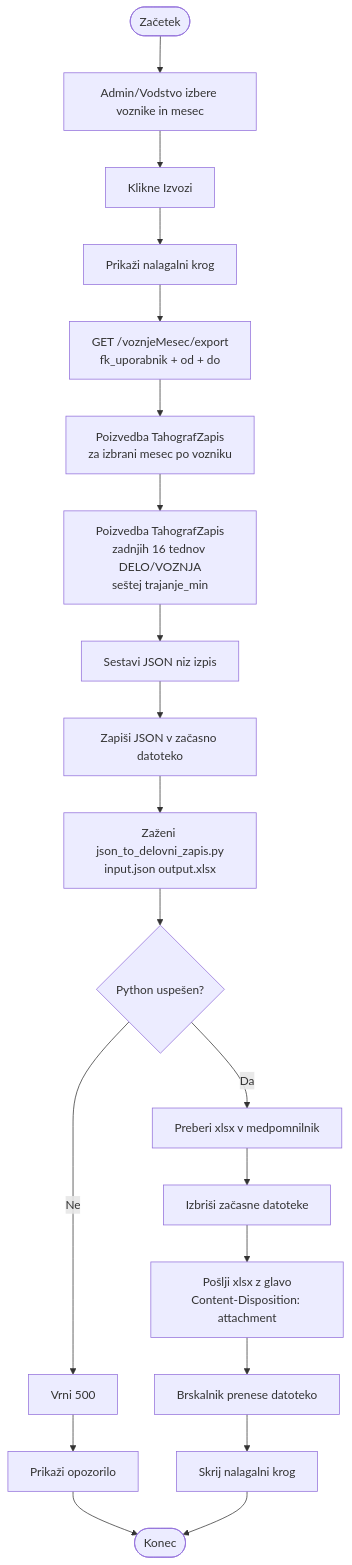
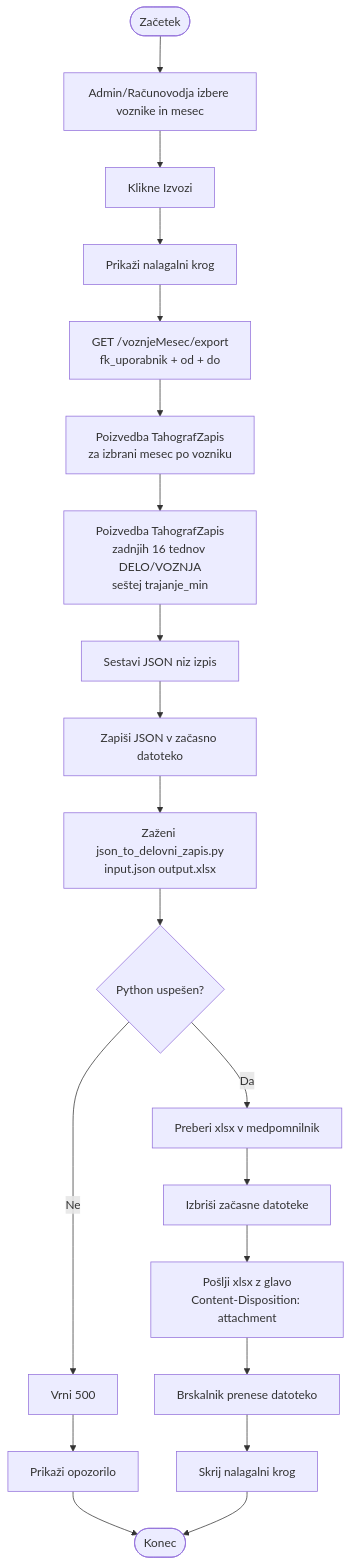
Diagram 15 of 15 in README.md (Valeri123car/Projekt2026), drawn with Mermaid before and after one commit. The commit also changed other lines of this file and 3 other files, not shown here.

````diff
--- a/README.md
+++ b/README.md
@@ -1063,22 +1084,22 @@
 ```mermaid
 flowchart TD
-    S([Začetek]) --> A[Admin/Vodstvo izbere voznike in mesec]
+    S([Začetek]) --> A[Admin/Računovodja izbere voznike in mesec]
     A --> B[Klikne Izvozi]
     B --> C[Prikaži nalagalni krog]
     C --> D[GET /voznjeMesec/export\nfk_uporabnik + od + do]
     D --> E[Poizvedba TahografZapis\nza izbrani mesec po vozniku]
     E --> F[Poizvedba TahografZapis\nzadnjih 16 tednov DELO/VOZNJA\nseštej trajanje_min]
     F --> G[Sestavi JSON niz izpis]
     G --> H[Zapiši JSON v začasno datoteko]
     H --> I[Zaženi json_to_delovni_zapis.py\ninput.json output.xlsx]
     I --> J{Python uspešen?}
     J -->|Ne| K[Vrni 500]
     K --> L[Prikaži opozorilo]
     L --> EN([Konec])
     J -->|Da| M[Preberi xlsx v medpomnilnik]
     M --> N[Izbriši začasne datoteke]
     N --> O[Pošlji xlsx z glavo\nContent-Disposition: attachment]
     O --> P[Brskalnik prenese datoteko]
     P --> Q[Skrij nalagalni krog]
     Q --> EN
 ```
````
